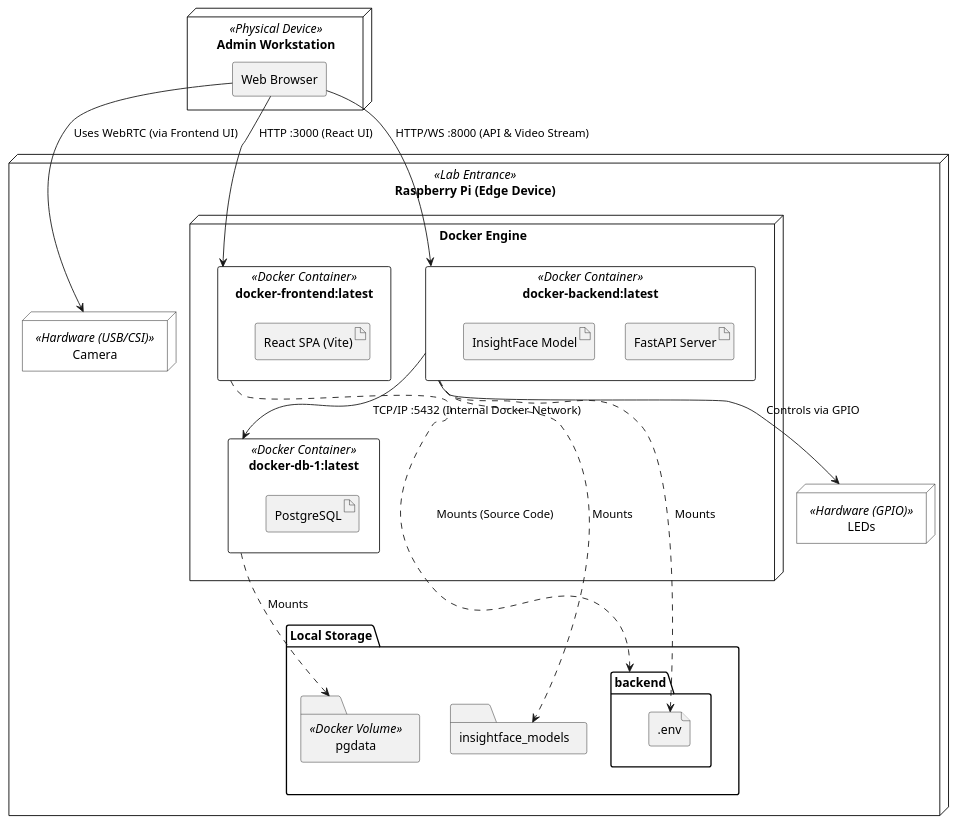
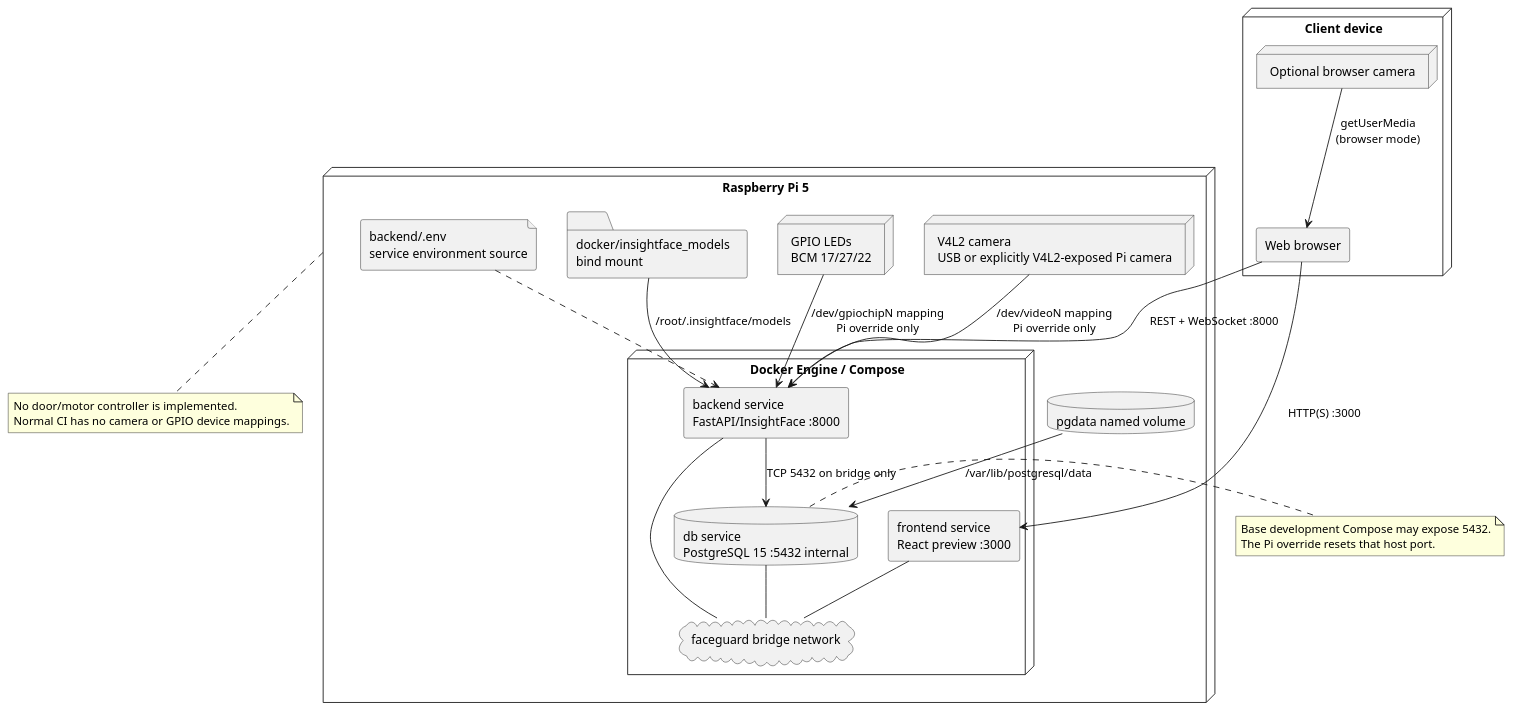
One commit to Innopolis-Robotics-Society/FaceGuardV3 changed the diagram in docs/architecture/deployment-view/deployment-diagram.puml. Above: the diagram before and after it, drawn with PlantUML. The commit also changed 17 other files, not shown here.

Commit message:
docs: synchronize architecture quality requirements and DoD

```diff
--- a/docs/architecture/deployment-view/deployment-diagram.puml
+++ b/docs/architecture/deployment-view/deployment-diagram.puml
@@ -1,52 +1,47 @@
 @startuml deployment-view
 skinparam componentStyle rectangle
-skinparam node {
-    BackgroundColor white
-    BorderColor black
+
+node "Client device" as ClientDevice {
+  component "Web browser" as Browser
+  node "Optional browser camera" as ClientCamera
+  ClientCamera --> Browser : getUserMedia\n(browser mode)
 }
 
-node "Admin Workstation" <<Physical Device>> as PC {
-    component "Web Browser" as Browser
+node "Raspberry Pi 5" as Pi {
+  node "Docker Engine / Compose" {
+    component "frontend service\nReact preview :3000" as Frontend
+    component "backend service\nFastAPI/InsightFace :8000" as Backend
+    database "db service\nPostgreSQL 15 :5432 internal" as Database
+    cloud "faceguard bridge network" as Network
+    Frontend -- Network
+    Backend -- Network
+    Database -- Network
+  }
+
+  node "V4L2 camera\nUSB or explicitly V4L2-exposed Pi camera" as Camera
+  node "GPIO LEDs\nBCM 17/27/22" as GPIO
+  folder "docker/insightface_models\nbind mount" as Models
+  database "pgdata named volume" as PgData
+  file "backend/.env\nservice environment source" as Env
+
+  Camera --> Backend : /dev/videoN mapping\nPi override only
+  GPIO --> Backend : /dev/gpiochipN mapping\nPi override only
+  Models --> Backend : /root/.insightface/models
+  PgData --> Database : /var/lib/postgresql/data
+  Env ..> Backend
 }
 
-node "Raspberry Pi (Edge Device)" <<Lab Entrance>> as RPi {
-    node "Camera" <<Hardware (USB/CSI)>> as Cam
-    node "LEDs" <<Hardware (GPIO)>> as LEDCtrl
+Browser --> Frontend : HTTP(S) :3000
+Browser --> Backend : REST + WebSocket :8000
+Backend --> Database : TCP 5432 on bridge only
 
-    node "Docker Engine" as Docker {
-        component "docker-frontend:latest" <<Docker Container>> as FrontendApp {
-            artifact "React SPA (Vite)"
-        }
-        component "docker-backend:latest" <<Docker Container>> as BackendApp {
-            artifact "FastAPI Server"
-            artifact "InsightFace Model"
-        }
-        component "docker-db-1:latest" <<Docker Container>> as DB {
-            artifact "PostgreSQL"
-        }
-    }
-    
-    folder "Local Storage" as Storage {
-        folder "backend" as BackendDir {
-            file ".env" as EnvFile
-        }
-        folder "insightface_models" as Models
-        folder "pgdata" as PgData <<Docker Volume>>
-    }
-    
-    BackendApp ..> EnvFile : " Mounts"
-    BackendApp ..> Models : " Mounts"
-    DB ..> PgData : " Mounts"
-    FrontendApp ..> BackendDir : " Mounts (Source Code)"
-    
-    ' Physical connections inside the Pi
-    Browser --> Cam : " Uses WebRTC (via Frontend UI)"
-    BackendApp --> LEDCtrl : " Controls via GPIO"
-}
+note right of Database
+  Base development Compose may expose 5432.
+  The Pi override resets that host port.
+end note
 
-' Network Connections
-Browser --> FrontendApp : " HTTP :3000 (React UI)"
-Browser --> BackendApp : " HTTP/WS :8000 (API & Video Stream)"
-BackendApp --> DB : " TCP/IP :5432 (Internal Docker Network)"
-
+note bottom of Pi
+  No door/motor controller is implemented.
+  Normal CI has no camera or GPIO device mappings.
+end note
 @enduml
```
